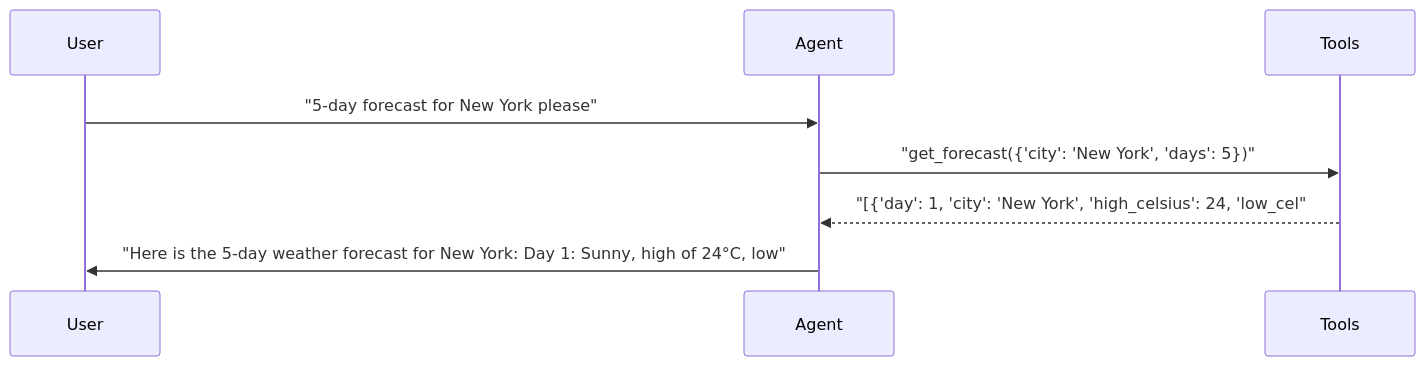
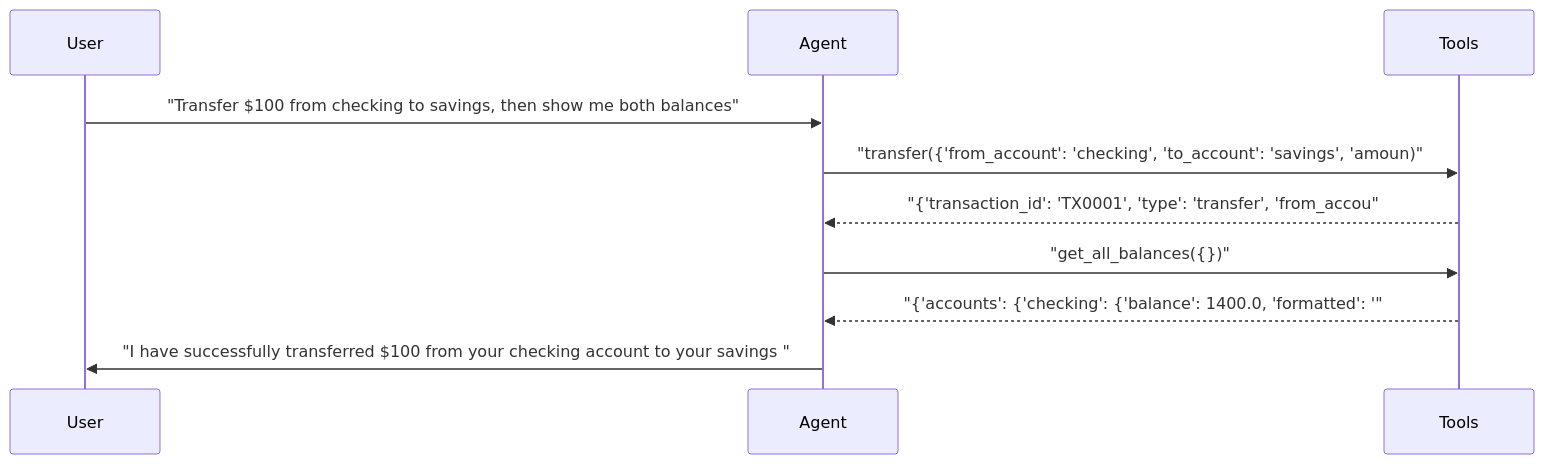
Before and after one commit to sbroenne/pytest-aitest: the fourth of 6 diagrams in docs/reports/02_multi_agent.md, drawn with Mermaid. The commit also changed other lines of this file and 132 other files, not shown here.

````diff
--- a/docs/reports/02_multi_agent.md
+++ b/docs/reports/02_multi_agent.md
@@ -245,11 +244,13 @@
 ```mermaid
 sequenceDiagram
     participant User
     participant Agent
     participant Tools
 
-    User->>Agent: "5-day forecast for New York please"
-    Agent->>Tools: "get_forecast({'city': 'New York', 'days': 5})"
-    Tools-->>Agent: "[{'day': 1, 'city': 'New York', 'high_celsius': 24, 'low_cel"
-    Agent->>User: "Here is the 5-day weather forecast for New York: Day 1: Sunny, high of 24°C, low"
+    User->>Agent: "Transfer $100 from checking to savings, then show me both balances"
+    Agent->>Tools: "transfer({'from_account': 'checking', 'to_account': 'savings', 'amoun)"
+    Tools-->>Agent: "{'transaction_id': 'TX0001', 'type': 'transfer', 'from_accou"
+    Agent->>Tools: "get_all_balances({})"
+    Tools-->>Agent: "{'accounts': {'checking': {'balance': 1400.0, 'formatted': '"
+    Agent->>User: "I have successfully transferred $100 from your checking account to your savings "
 ```
````
